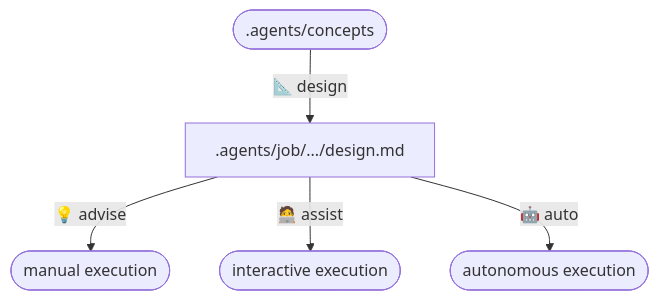
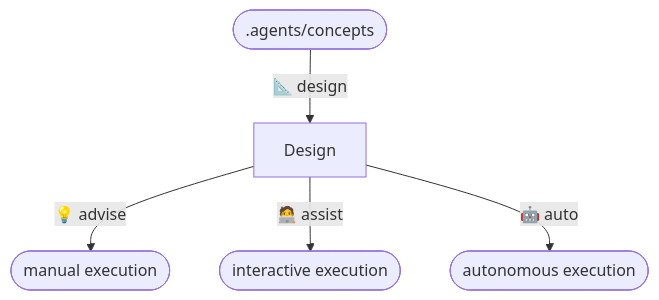
The diagram in README.md (ahumandev/autocode), drawn with Mermaid before and after one commit. The commit also changed other lines of this file and 57 other files, not shown here.

````diff
--- a/README.md
+++ b/README.md
@@ -114,9 +114,9 @@
 ```mermaid
 flowchart TD
   Concepts([.agents/concepts])
-  Concepts -- 📐 design --> Design[.agents/job/.../design.md]
+  Concepts -- 📐 design --> Design
 
   Design -- 💡 advise --> Advise([manual execution])
   Design -- 🧑‍💻 assist --> Assist([interactive execution])
   Design -- 🤖 auto --> Auto([autonomous execution])
 ```
````
